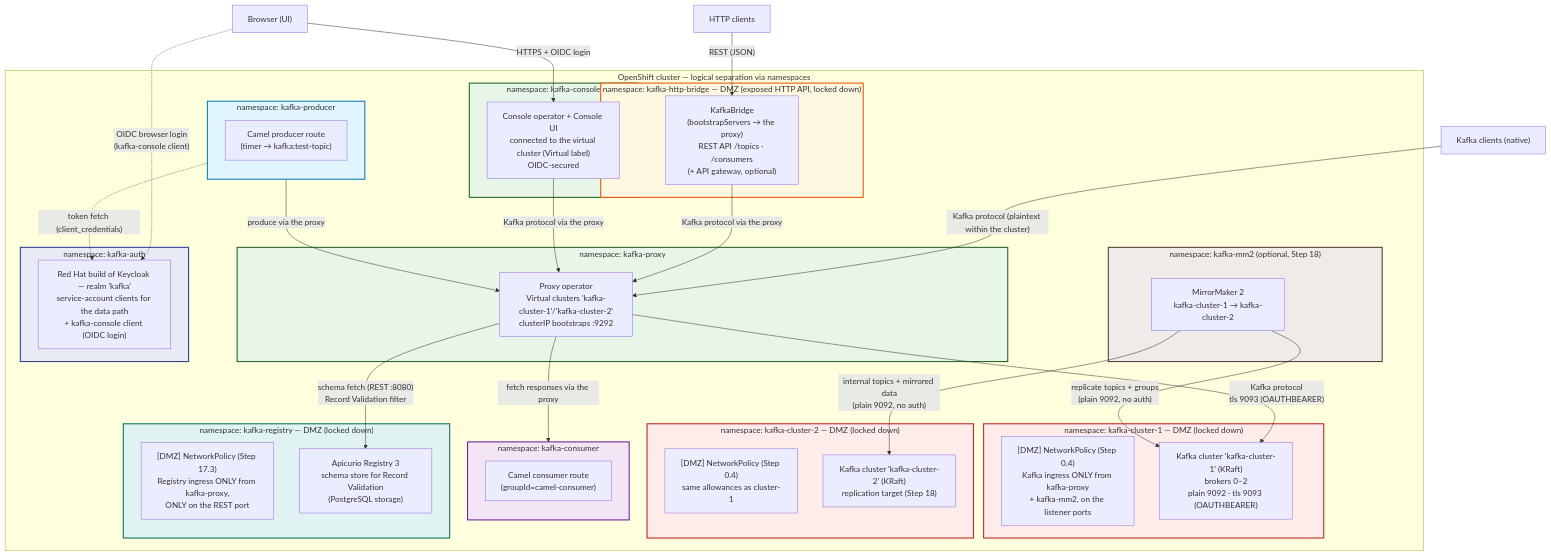
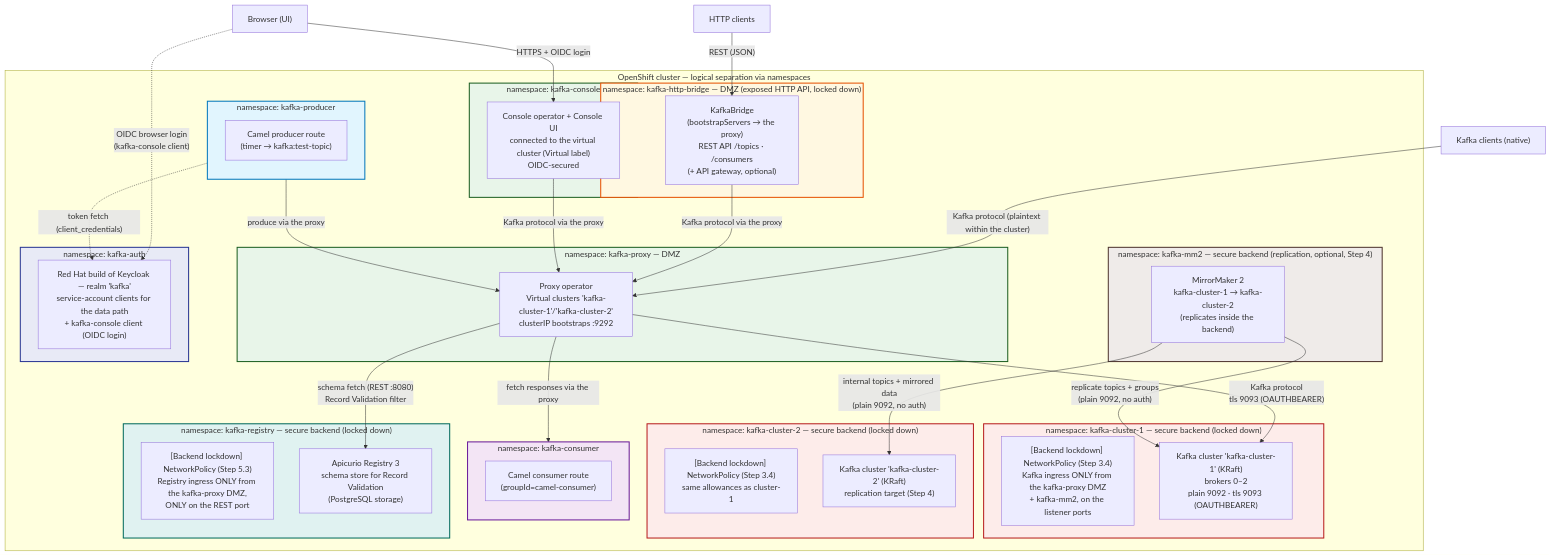
Before and after one commit to jcordes73/kafka-proxy-use-cases: the diagram in openshift-setup.md, drawn with Mermaid. The commit also changed other lines of this file and 63 other files, not shown here.

````diff
--- a/openshift-setup.md
+++ b/openshift-setup.md
@@ -76,70 +76,70 @@
 ```mermaid
 flowchart TB
     clients["Kafka clients (native)"]
     http["HTTP clients"]
     browser["Browser (UI)"]
 
     subgraph openshift["OpenShift cluster — logical separation via namespaces"]
-        subgraph proxyNs["namespace: kafka-proxy"]
+        subgraph proxyNs["namespace: kafka-proxy — DMZ"]
             proxy["Proxy operator<br/>Virtual clusters 'kafka-cluster-1'/'kafka-cluster-2'<br/>clusterIP bootstraps :9292"]
         end
         subgraph bridgeNs["namespace: kafka-http-bridge — DMZ (exposed HTTP API, locked down)"]
             bridge["KafkaBridge<br/>(bootstrapServers → the proxy)<br/>REST API /topics · /consumers<br/>(+ API gateway, optional)"]
         end
         subgraph consoleNs["namespace: kafka-console"]
             console["Console operator + Console UI<br/>connected to the virtual cluster (Virtual label)<br/>OIDC-secured"]
         end
         subgraph producerNs["namespace: kafka-producer"]
             direction TB
             producer["Camel producer route<br/>(timer → kafka:test-topic)"]
         end
         subgraph consumerNs["namespace: kafka-consumer"]
             direction TB
             consumer["Camel consumer route<br/>(groupId=camel-consumer)"]
         end
-        subgraph kafkaNs1["namespace: kafka-cluster-1 — DMZ (locked down)"]
-            netpol1["[DMZ] NetworkPolicy (Step 0.4)<br/>Kafka ingress ONLY from kafka-proxy<br/>+ kafka-mm2, on the listener ports"]
+        subgraph kafkaNs1["namespace: kafka-cluster-1 — secure backend (locked down)"]
+            netpol1["[Backend lockdown] NetworkPolicy (Step 3.4)<br/>Kafka ingress ONLY from the kafka-proxy DMZ<br/>+ kafka-mm2, on the listener ports"]
             kafka1["Kafka cluster 'kafka-cluster-1' (KRaft)<br/>brokers 0–2<br/>plain 9092 · tls 9093 (OAUTHBEARER)"]
         end
-        subgraph kafkaNs2["namespace: kafka-cluster-2 — DMZ (locked down)"]
-            netpol2["[DMZ] NetworkPolicy (Step 0.4)<br/>same allowances as cluster-1"]
-            kafka2["Kafka cluster 'kafka-cluster-2' (KRaft)<br/>replication target (Step 18)"]
+        subgraph kafkaNs2["namespace: kafka-cluster-2 — secure backend (locked down)"]
+            netpol2["[Backend lockdown] NetworkPolicy (Step 3.4)<br/>same allowances as cluster-1"]
+            kafka2["Kafka cluster 'kafka-cluster-2' (KRaft)<br/>replication target (Step 4)"]
         end
-        subgraph mm2Ns["namespace: kafka-mm2 (optional, Step 18)"]
-            mm2["MirrorMaker 2<br/>kafka-cluster-1 → kafka-cluster-2"]
+        subgraph mm2Ns["namespace: kafka-mm2 — secure backend (replication, optional, Step 4)"]
+            mm2["MirrorMaker 2<br/>kafka-cluster-1 → kafka-cluster-2<br/>(replicates inside the backend)"]
         end
         subgraph authNs["namespace: kafka-auth"]
             keycloak["Red Hat build of Keycloak — realm 'kafka'<br/>service-account clients for the data path<br/>+ kafka-console client (OIDC login)"]
         end
-        subgraph registryNs["namespace: kafka-registry — DMZ (locked down)"]
-            registryNetpol["[DMZ] NetworkPolicy (Step 17.3)<br/>Registry ingress ONLY from kafka-proxy,<br/>ONLY on the REST port"]
+        subgraph registryNs["namespace: kafka-registry — secure backend (locked down)"]
+            registryNetpol["[Backend lockdown] NetworkPolicy (Step 5.3)<br/>Registry ingress ONLY from the kafka-proxy DMZ,<br/>ONLY on the REST port"]
             registry["Apicurio Registry 3<br/>schema store for Record Validation<br/>(PostgreSQL storage)"]
         end
     end
 
     clients -- "Kafka protocol (plaintext within the cluster)" --> proxy
     http -- "REST (JSON)" --> bridge
     browser -- "HTTPS + OIDC login" --> console
     bridge -- "Kafka protocol via the proxy" --> proxy
     console -- "Kafka protocol via the proxy" --> proxy
     producer -- "produce via the proxy" --> proxy
     proxy -- "fetch responses via the proxy" --> consumer
     proxy -- "Kafka protocol<br/>tls 9093 (OAUTHBEARER)" --> kafka1
     proxy -- "schema fetch (REST :8080)<br/>Record Validation filter" --> registry
     mm2 -- "replicate topics + groups<br/>(plain 9092, no auth)" --> kafka1
     mm2 -- "internal topics + mirrored data<br/>(plain 9092, no auth)" --> kafka2
 
     browser -. "OIDC browser login<br/>(kafka-console client)" .-> keycloak
     producer -. "token fetch (client_credentials)" .-> keycloak
 
     style kafkaNs1 fill:#fdecea,stroke:#b71c1c,stroke-width:2px
     style kafkaNs2 fill:#fdecea,stroke:#b71c1c,stroke-width:2px
     style bridgeNs fill:#fff8e1,stroke:#e65100,stroke-width:2px
     style authNs fill:#e8eaf6,stroke:#283593,stroke-width:2px
     style proxyNs fill:#e8f5e9,stroke:#1b5e20,stroke-width:2px
     style consoleNs fill:#e8f5e9,stroke:#1b5e20,stroke-width:2px
     style producerNs fill:#e1f5fe,stroke:#0277bd,stroke-width:2px
     style consumerNs fill:#f3e5f5,stroke:#6a1b9a,stroke-width:2px
     style registryNs fill:#e0f2f1,stroke:#00695c,stroke-width:2px
     style mm2Ns fill:#efebe9,stroke:#4e342e,stroke-width:2px
 ```
````
